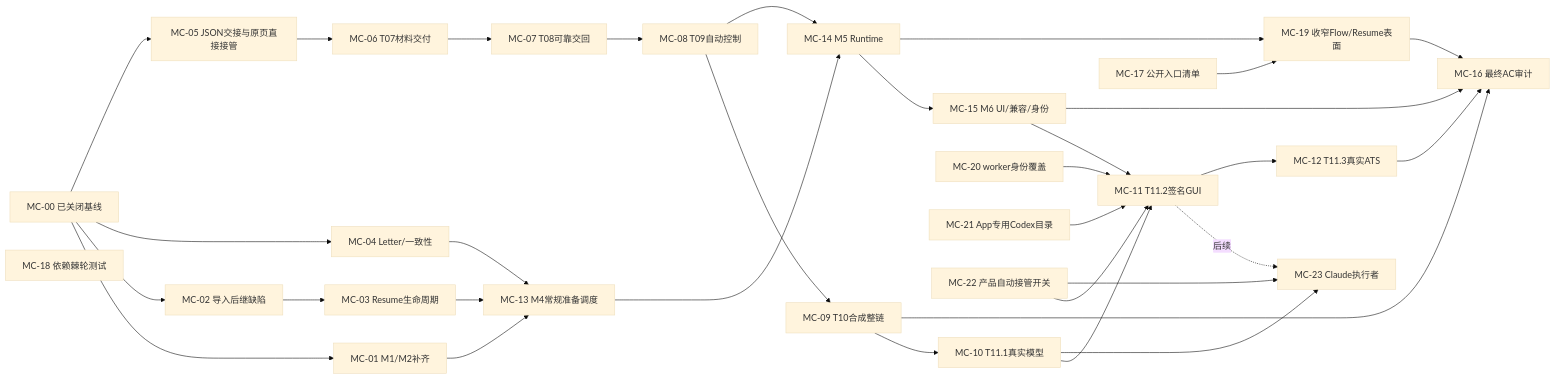
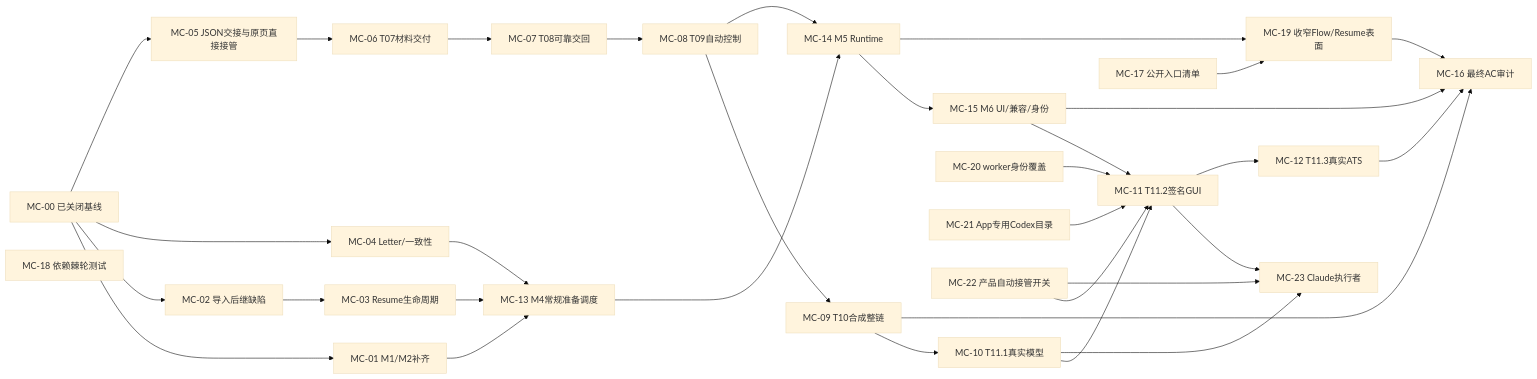
Before and after one commit to DengZhiyuan-math/TomorrowStar-OS: the diagram in .scratch/module-completion-2026-10-26/map.md, drawn with Mermaid (base theme). The commit also changed other lines of this file and 11 other files, not shown here.

````diff
--- a/.scratch/module-completion-2026-10-26/map.md
+++ b/.scratch/module-completion-2026-10-26/map.md
@@ -192,35 +194,35 @@
 ```mermaid
 flowchart LR
     B["MC-00 已关闭基线"] --> A["MC-01 M1/M2补齐"]
     B --> R["MC-02 导入后继缺陷"]
     R --> RV["MC-03 Resume生命周期"]
     B --> L["MC-04 Letter/一致性"]
     B --> V["MC-05 JSON交接与原页直接接管"]
     V --> D["MC-06 T07材料交付"]
     D --> H["MC-07 T08可靠交回"]
     H --> C["MC-08 T09自动控制"]
     C --> S["MC-09 T10合成整链"]
     S --> X["MC-10 T11.1真实模型"]
     A --> P["MC-13 M4常规准备调度"]
     RV --> P
     L --> P
     P --> RT["MC-14 M5 Runtime"]
     C --> RT
     RT --> UI["MC-15 M6 UI/兼容/身份"]
     X --> G["MC-11 T11.2签名GUI"]
     UI --> G
     W["MC-20 worker身份覆盖"] --> G
     CH["MC-21 App专用Codex目录"] --> G
     NP["MC-22 产品自动接管开关"] --> G
-    G -.后续.-> CL["MC-23 Claude执行者"]
+    G --> CL["MC-23 Claude执行者"]
     X --> CL
     NP --> CL
     G --> ATS["MC-12 T11.3真实ATS"]
     ATS --> AC["MC-16 最终AC审计"]
     UI --> AC
     S --> AC
     E["MC-17 公开入口清单"] --> N["MC-19 收窄Flow/Resume表面"]
     RT --> N
     N --> AC
     K["MC-18 依赖棘轮测试"]
 ```
````
